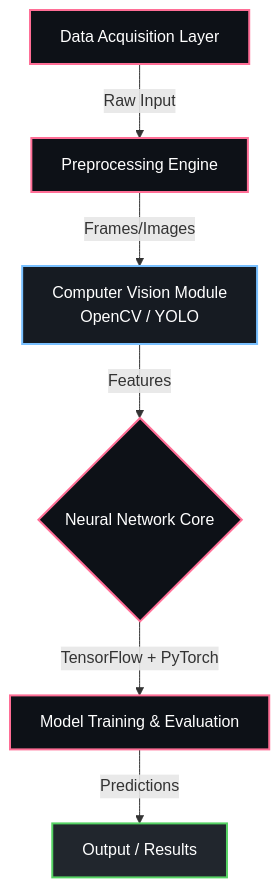
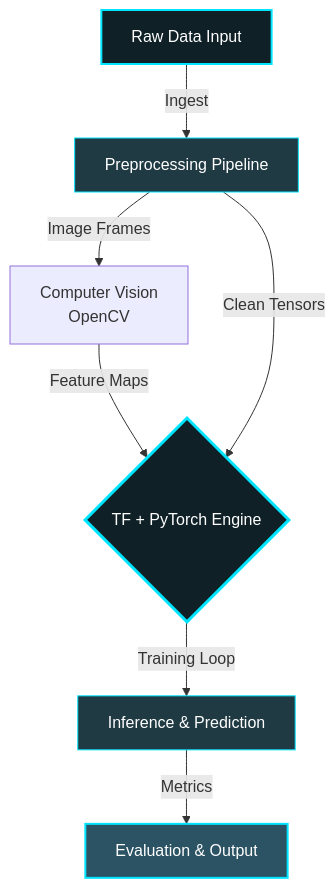
One commit to karthik-idikuda/AI-Bus-Attendance-System changed the diagram in README.md. Above: the diagram before and after it, drawn with Mermaid. The commit also changed other lines of this file, not shown here.

````diff
--- a/README.md
+++ b/README.md
@@ -31,16 +36,15 @@
 ```mermaid
 graph TD;
-    A["Data Acquisition Layer"] -->|Raw Input| B["Preprocessing Engine"];
-    B -->|Frames/Images| C["Computer Vision Module<br/>OpenCV / YOLO"];
-    C -->|Features| D{"Neural Network Core"};
-    D -->|TensorFlow + PyTorch| E["Model Training & Evaluation"];
-    E -->|Predictions| F["Output / Results"];
+    A["Raw Data Input"] -->|"Ingest"| B["Preprocessing Pipeline"];
+    B -->|"Image Frames"| CV["Computer Vision<br/>OpenCV"];
+    CV -->|"Feature Maps"| D;
+    B -->|"Clean Tensors"| D{"TF + PyTorch Engine"};
+    D -->|"Training Loop"| E["Inference & Prediction"];
+    E -->|"Metrics"| F["Evaluation & Output"];
 
-    classDef ml fill:#0d1117,stroke:#ff6e96,stroke-width:2px,color:#fff;
-    classDef cv fill:#161b22,stroke:#79c0ff,stroke-width:2px,color:#fff;
-    classDef web fill:#21262d,stroke:#56d364,stroke-width:2px,color:#fff;
-    class A,B ml;
-    class C cv;
-    class D,E ml;
-    class F,G web;
+    style A fill:#0f2027,stroke:#00e5ff,stroke-width:2px,color:#fff
+    style B fill:#203a43,stroke:#00e5ff,stroke-width:1px,color:#fff
+    style D fill:#0f2027,stroke:#00e5ff,stroke-width:3px,color:#fff
+    style E fill:#203a43,stroke:#00e5ff,stroke-width:1px,color:#fff
+    style F fill:#2c5364,stroke:#00e5ff,stroke-width:2px,color:#fff
 ```
````
